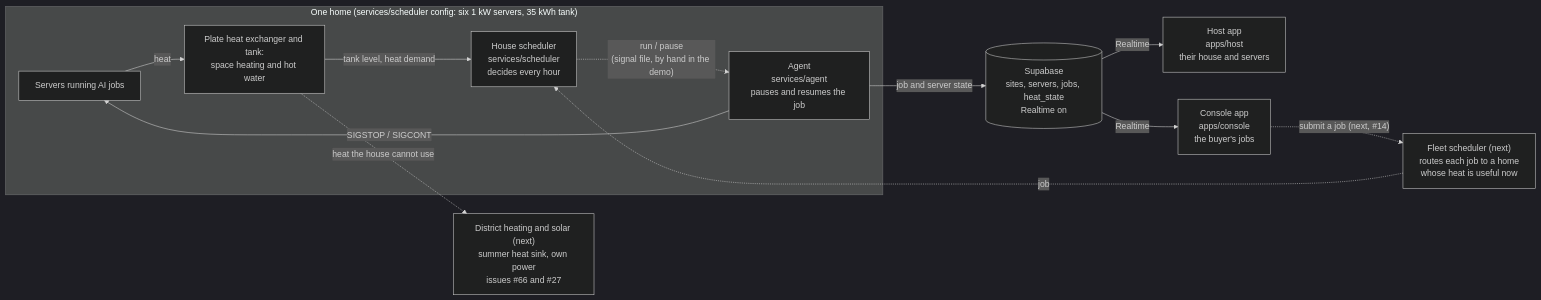
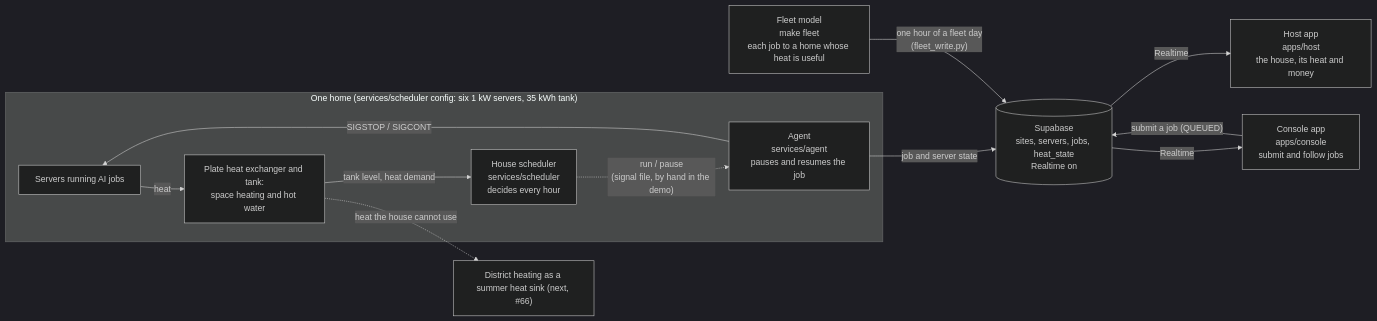
Before and after one commit to CPD9/kachel: the diagram in docs/architecture.md, drawn with Mermaid (dark theme). The commit also changed other lines of this file and 1 other file, not shown here.

First line of the commit message:
Bring the architecture page and scheduler README up to date

````diff
--- a/docs/architecture.md
+++ b/docs/architecture.md
@@ -6,26 +6,26 @@
 ```mermaid
 flowchart LR
   subgraph home["One home (services/scheduler config: six 1 kW servers, 35 kWh tank)"]
     servers["Servers running AI jobs"]
     tank["Plate heat exchanger and tank:<br/>space heating and hot water"]
     sched["House scheduler<br/>services/scheduler<br/>decides every hour"]
     agent["Agent<br/>services/agent<br/>pauses and resumes the job"]
     servers -- "heat" --> tank
     tank -- "tank level, heat demand" --> sched
     sched -. "run / pause<br/>(signal file, by hand in the demo)" .-> agent
     agent -- "SIGSTOP / SIGCONT" --> servers
   end
 
   supa[("Supabase<br/>sites, servers, jobs, heat_state<br/>Realtime on")]
-  host["Host app<br/>apps/host<br/>their house and servers"]
-  console["Console app<br/>apps/console<br/>the buyer's jobs"]
-  fleet["Fleet scheduler (next)<br/>routes each job to a home<br/>whose heat is useful now"]
-  outlook["District heating and solar (next)<br/>summer heat sink, own power<br/>issues #66 and #27"]
+  host["Host app<br/>apps/host<br/>the house, its heat and money"]
+  console["Console app<br/>apps/console<br/>submit and follow jobs"]
+  fleet["Fleet model<br/>make fleet<br/>each job to a home whose heat is useful"]
+  outlook["District heating as a summer heat sink (next, #66)"]
 
   agent -- "job and server state" --> supa
+  fleet -- "one hour of a fleet day<br/>(fleet_write.py)" --> supa
+  console -- "submit a job (QUEUED)" --> supa
   supa -- "Realtime" --> host
   supa -- "Realtime" --> console
-  console -. "submit a job (next, #14)" .-> fleet
-  fleet -. "job" .-> sched
   tank -. "heat the house cannot use" .-> outlook
 ```
````
